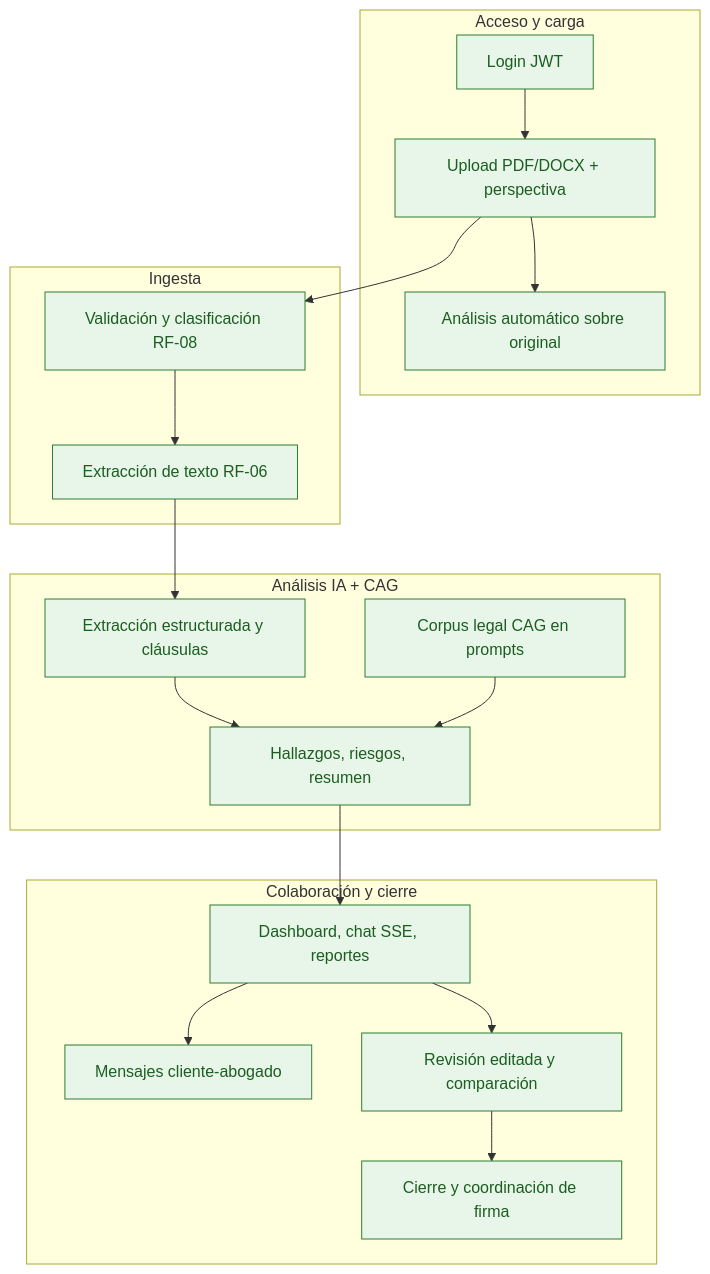
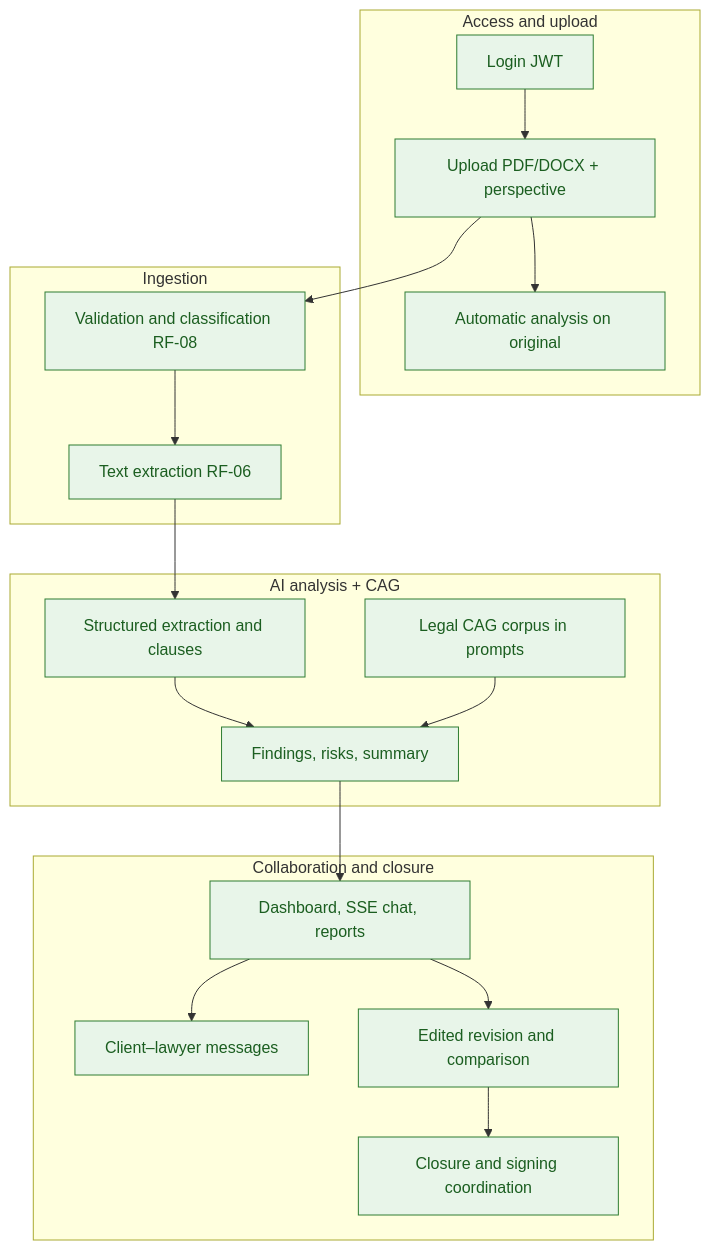
Before and after one commit to victorm-ai/legal-rent-ai: the diagram in docs/requirements.md, drawn with Mermaid. The commit also changed other lines of this file and 57 other files, not shown here.

````diff
--- a/docs/requirements.md
+++ b/docs/requirements.md
@@ -44,37 +44,37 @@
 ```mermaid
 flowchart TD
-    subgraph acceso ["Acceso y carga"]
+    subgraph acceso ["Access and upload"]
         A1[Login JWT]
-        A2[Upload PDF/DOCX + perspectiva]
-        A3[Análisis automático sobre original]
+        A2[Upload PDF/DOCX + perspective]
+        A3[Automatic analysis on original]
         A1 --> A2 --> A3
     end
 
-    subgraph ingesta ["Ingesta"]
-        B1[Validación y clasificación RF-08]
-        B2[Extracción de texto RF-06]
+    subgraph ingesta ["Ingestion"]
+        B1[Validation and classification RF-08]
+        B2[Text extraction RF-06]
         A2 --> B1 --> B2
     end
 
-    subgraph analisis ["Análisis IA + CAG"]
-        C1[Extracción estructurada y cláusulas]
-        C2[Hallazgos, riesgos, resumen]
-        C3[Corpus legal CAG en prompts]
+    subgraph analisis ["AI analysis + CAG"]
+        C1[Structured extraction and clauses]
+        C2[Findings, risks, summary]
+        C3[Legal CAG corpus in prompts]
         B2 --> C1 --> C2
         C3 --> C2
     end
 
-    subgraph colaboracion ["Colaboración y cierre"]
-        D1[Dashboard, chat SSE, reportes]
-        D2[Mensajes cliente-abogado]
-        D3[Revisión editada y comparación]
-        D4[Cierre y coordinación de firma]
+    subgraph colaboracion ["Collaboration and closure"]
+        D1[Dashboard, SSE chat, reports]
+        D2[Client–lawyer messages]
+        D3[Edited revision and comparison]
+        D4[Closure and signing coordination]
         C2 --> D1
         D1 --> D2
         D1 --> D3
         D3 --> D4
     end
 
     classDef done fill:#e8f5e9,stroke:#2e7d32,color:#1b5e20
     class A1,A2,A3,B1,B2,C1,C2,C3,D1,D2,D3,D4 done
 ```
````
